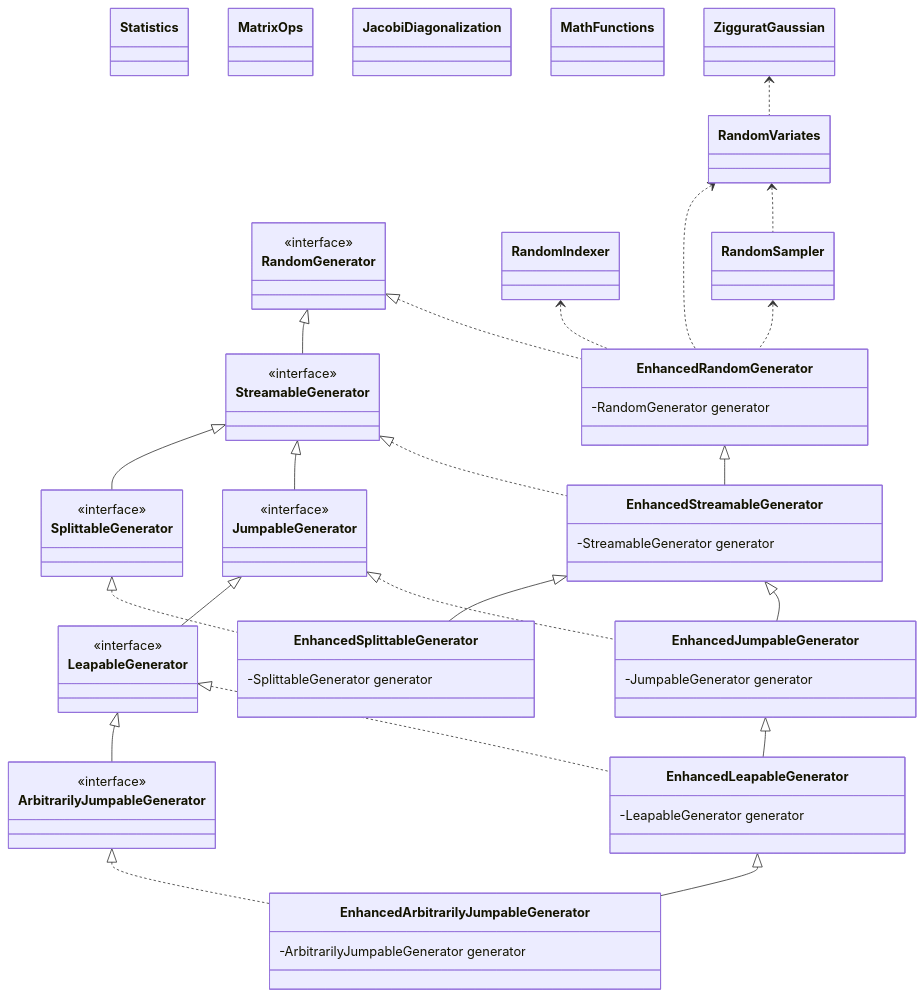
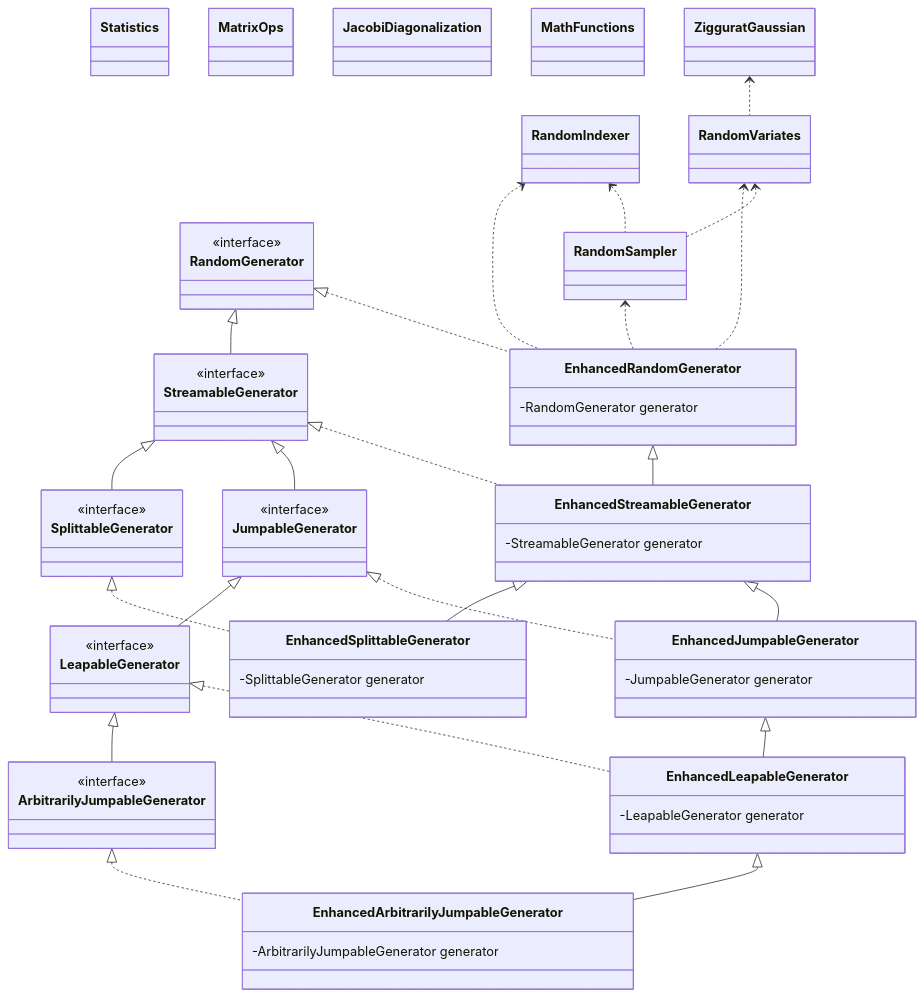
The diagram in README.md (cicirello/rho-mu), drawn with Mermaid before and after one commit.

Commit message:
added missing relation to mermaid diagram

````diff
--- a/README.md
+++ b/README.md
@@ -89,75 +89,76 @@
 ```mermaid
 classDiagram
   class Statistics
   class MatrixOps
   class JacobiDiagonalization
   class MathFunctions
   class RandomGenerator
   <<interface>> RandomGenerator
   class StreamableGenerator
   <<interface>> StreamableGenerator
   RandomGenerator <|-- StreamableGenerator
   class SplittableGenerator
   <<interface>> SplittableGenerator
   StreamableGenerator <|-- SplittableGenerator
   class JumpableGenerator
   <<interface>> JumpableGenerator
   StreamableGenerator <|-- JumpableGenerator
   class LeapableGenerator
   <<interface>> LeapableGenerator
   JumpableGenerator <|-- LeapableGenerator
   class ArbitrarilyJumpableGenerator
   <<interface>> ArbitrarilyJumpableGenerator
   LeapableGenerator <|-- ArbitrarilyJumpableGenerator
   class EnhancedRandomGenerator
   RandomGenerator <|.. EnhancedRandomGenerator
+  class RandomSampler
+  RandomSampler <.. EnhancedRandomGenerator
   class RandomIndexer
   RandomIndexer <.. EnhancedRandomGenerator
-  class RandomSampler
-  RandomSampler <.. EnhancedRandomGenerator
+  RandomIndexer <.. RandomSampler
   class RandomVariates
   RandomVariates <.. EnhancedRandomGenerator
   RandomVariates <.. RandomSampler
   EnhancedRandomGenerator : -RandomGenerator generator
   class ZigguratGaussian
   ZigguratGaussian <.. RandomVariates
   class EnhancedStreamableGenerator
   EnhancedRandomGenerator <|-- EnhancedStreamableGenerator
   StreamableGenerator <|.. EnhancedStreamableGenerator
   EnhancedStreamableGenerator : -StreamableGenerator generator
   class EnhancedSplittableGenerator
   EnhancedStreamableGenerator <|-- EnhancedSplittableGenerator
   SplittableGenerator <|.. EnhancedSplittableGenerator
   EnhancedSplittableGenerator : -SplittableGenerator generator
   class EnhancedJumpableGenerator
   EnhancedStreamableGenerator <|-- EnhancedJumpableGenerator
   JumpableGenerator <|.. EnhancedJumpableGenerator
   EnhancedJumpableGenerator : -JumpableGenerator generator
   class EnhancedLeapableGenerator
   EnhancedJumpableGenerator <|-- EnhancedLeapableGenerator
   LeapableGenerator <|.. EnhancedLeapableGenerator
   EnhancedLeapableGenerator : -LeapableGenerator generator
   class EnhancedArbitrarilyJumpableGenerator
   EnhancedLeapableGenerator <|-- EnhancedArbitrarilyJumpableGenerator
   ArbitrarilyJumpableGenerator <|.. EnhancedArbitrarilyJumpableGenerator
   EnhancedArbitrarilyJumpableGenerator : -ArbitrarilyJumpableGenerator generator
   link RandomIndexer "https://rho-mu.cicirello.org/api/org.cicirello.rho_mu/org/cicirello/math/rand/RandomIndexer.html"
   link RandomVariates "https://rho-mu.cicirello.org/api/org.cicirello.rho_mu/org/cicirello/math/rand/RandomVariates.html"
   link EnhancedRandomGenerator "https://rho-mu.cicirello.org/api/org.cicirello.rho_mu/org/cicirello/math/rand/EnhancedRandomGenerator.html"
   link EnhancedStreamableGenerator "https://rho-mu.cicirello.org/api/org.cicirello.rho_mu/org/cicirello/math/rand/EnhancedStreamableGenerator.html"
   link EnhancedSplittableGenerator "https://rho-mu.cicirello.org/api/org.cicirello.rho_mu/org/cicirello/math/rand/EnhancedSplittableGenerator.html"
   link EnhancedJumpableGenerator "https://rho-mu.cicirello.org/api/org.cicirello.rho_mu/org/cicirello/math/rand/EnhancedJumpableGenerator.html"
   link EnhancedLeapableGenerator "https://rho-mu.cicirello.org/api/org.cicirello.rho_mu/org/cicirello/math/rand/EnhancedLeapableGenerator.html"
   link EnhancedArbitrarilyJumpableGenerator "https://rho-mu.cicirello.org/api/org.cicirello.rho_mu/org/cicirello/math/rand/EnhancedArbitrarilyJumpableGenerator.html"
   link RandomGenerator "https://docs.oracle.com/en/java/javase/17/docs/api/java.base/java/util/random/RandomGenerator.html"
   link StreamableGenerator "https://docs.oracle.com/en/java/javase/17/docs/api/java.base/java/util/random/RandomGenerator.StreamableGenerator.html"
   link SplittableGenerator "https://docs.oracle.com/en/java/javase/17/docs/api/java.base/java/util/random/RandomGenerator.SplittableGenerator.html"
   link JumpableGenerator "https://docs.oracle.com/en/java/javase/17/docs/api/java.base/java/util/random/RandomGenerator.JumpableGenerator.html"
   link LeapableGenerator "https://docs.oracle.com/en/java/javase/17/docs/api/java.base/java/util/random/RandomGenerator.LeapableGenerator.html"
   link ArbitrarilyJumpableGenerator "https://docs.oracle.com/en/java/javase/17/docs/api/java.base/java/util/random/RandomGenerator.ArbitrarilyJumpableGenerator.html"
   link ZigguratGaussian "https://rho-mu.cicirello.org/api/org.cicirello.rho_mu/org/cicirello/math/rand/ZigguratGaussian.html"
   link MathFunctions "https://rho-mu.cicirello.org/api/org.cicirello.rho_mu/org/cicirello/math/MathFunctions.html"
   link Statistics "https://rho-mu.cicirello.org/api/org.cicirello.rho_mu/org/cicirello/math/stats/Statistics.html"
   link MatrixOps "https://rho-mu.cicirello.org/api/org.cicirello.rho_mu/org/cicirello/math/la/MatrixOps.html"
   link JacobiDiagonalization "https://rho-mu.cicirello.org/api/org.cicirello.rho_mu/org/cicirello/math/la/JacobiDiagonalization.html"
 ```
````
